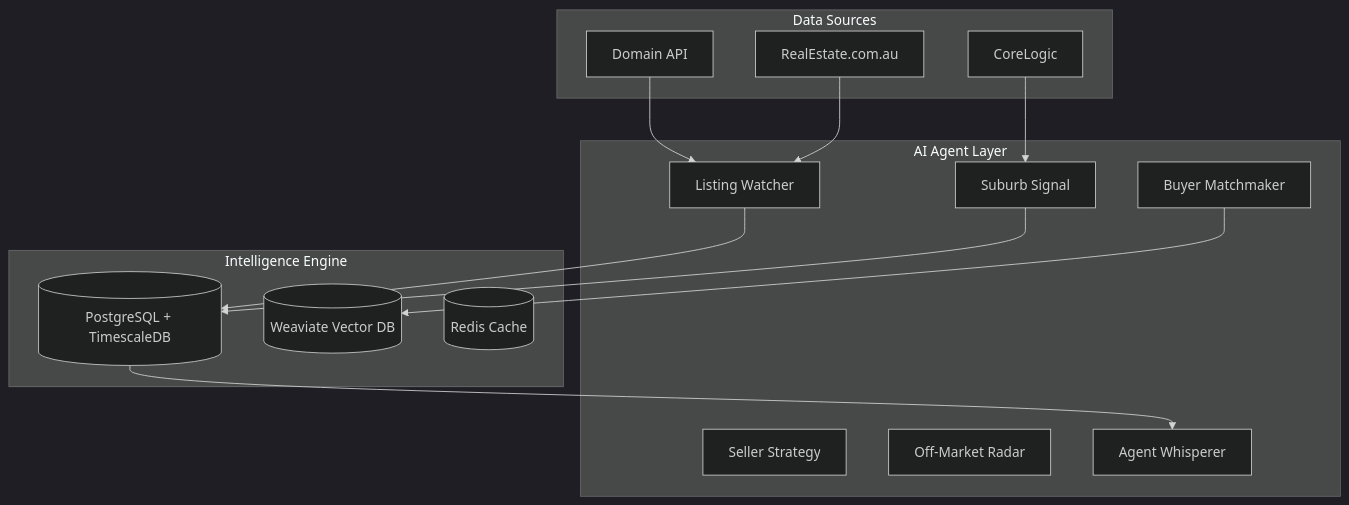
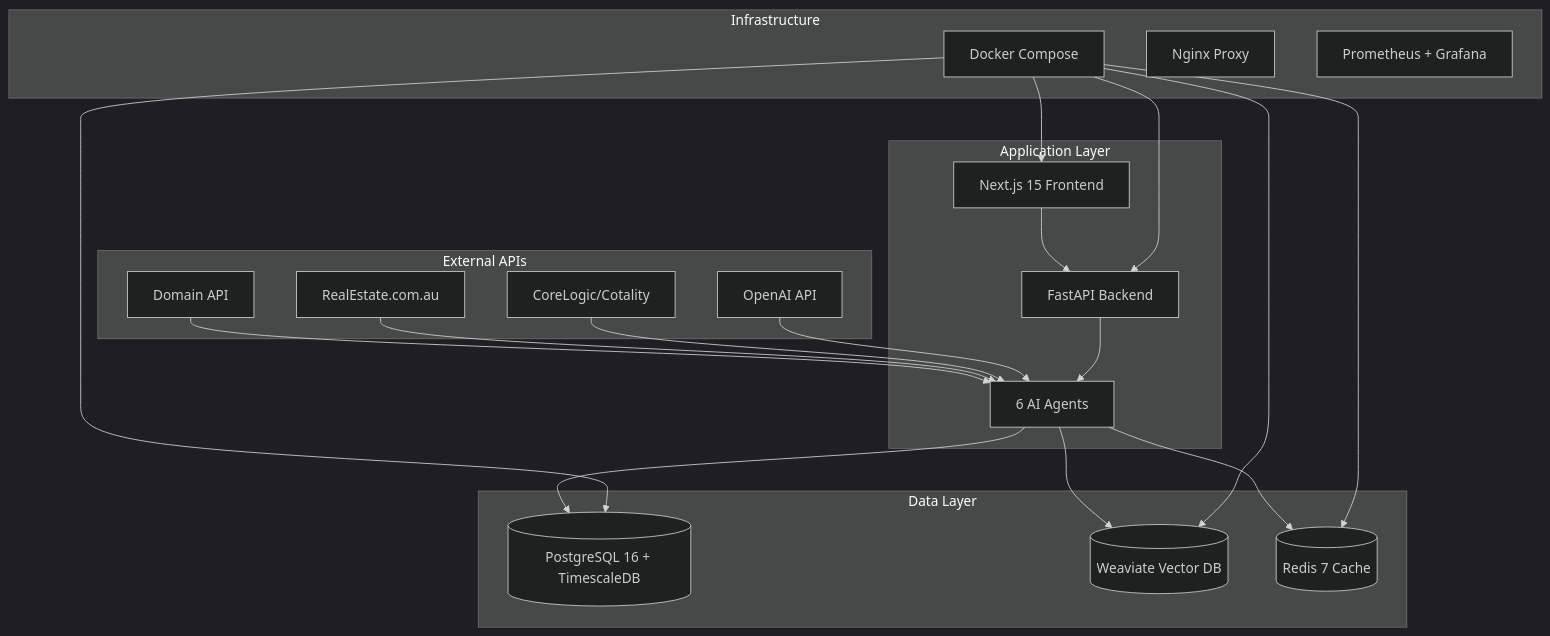
One commit to AryasKeeper/ReAgent-VM-Current-State changed the diagram in README.md. Above: the diagram before and after it, drawn with Mermaid (dark theme). The commit also changed other lines of this file, not shown here.

````diff
--- a/README.md
+++ b/README.md
@@ -112,31 +120,44 @@
 ```mermaid
 graph TB
-    subgraph "Data Sources"
+    subgraph "External APIs"
         DOM[Domain API]
         REA[RealEstate.com.au]
-        CL[CoreLogic]
+        CL[CoreLogic/Cotality]
+        OAI[OpenAI API]
     end
     
-    subgraph "AI Agent Layer"
-        LW[Listing Watcher]
-        SS[Suburb Signal]
-        BM[Buyer Matchmaker]
-        SA[Seller Strategy]
-        OM[Off-Market Radar]
-        AW[Agent Whisperer]
+    subgraph "Application Layer"
+        UI[Next.js 15 Frontend]
+        API[FastAPI Backend]
+        AGENTS[6 AI Agents]
     end
     
-    subgraph "Intelligence Engine"
-        PG[(PostgreSQL + TimescaleDB)]
+    subgraph "Data Layer"
+        PG[(PostgreSQL 16 + TimescaleDB)]
         WV[(Weaviate Vector DB)]
-        RD[(Redis Cache)]
+        RD[(Redis 7 Cache)]
     end
     
-    DOM --> LW
-    REA --> LW
-    CL --> SS
-    LW --> PG
-    SS --> PG
-    BM --> WV
-    PG --> AW
+    subgraph "Infrastructure"
+        DOCKER[Docker Compose]
+        NGINX[Nginx Proxy]
+        MONITORING[Prometheus + Grafana]
+    end
+    
+    DOM --> AGENTS
+    REA --> AGENTS
+    CL --> AGENTS
+    OAI --> AGENTS
+    
+    UI --> API
+    API --> AGENTS
+    AGENTS --> PG
+    AGENTS --> WV
+    AGENTS --> RD
+    
+    DOCKER --> UI
+    DOCKER --> API
+    DOCKER --> PG
+    DOCKER --> WV
+    DOCKER --> RD
 ```
````
